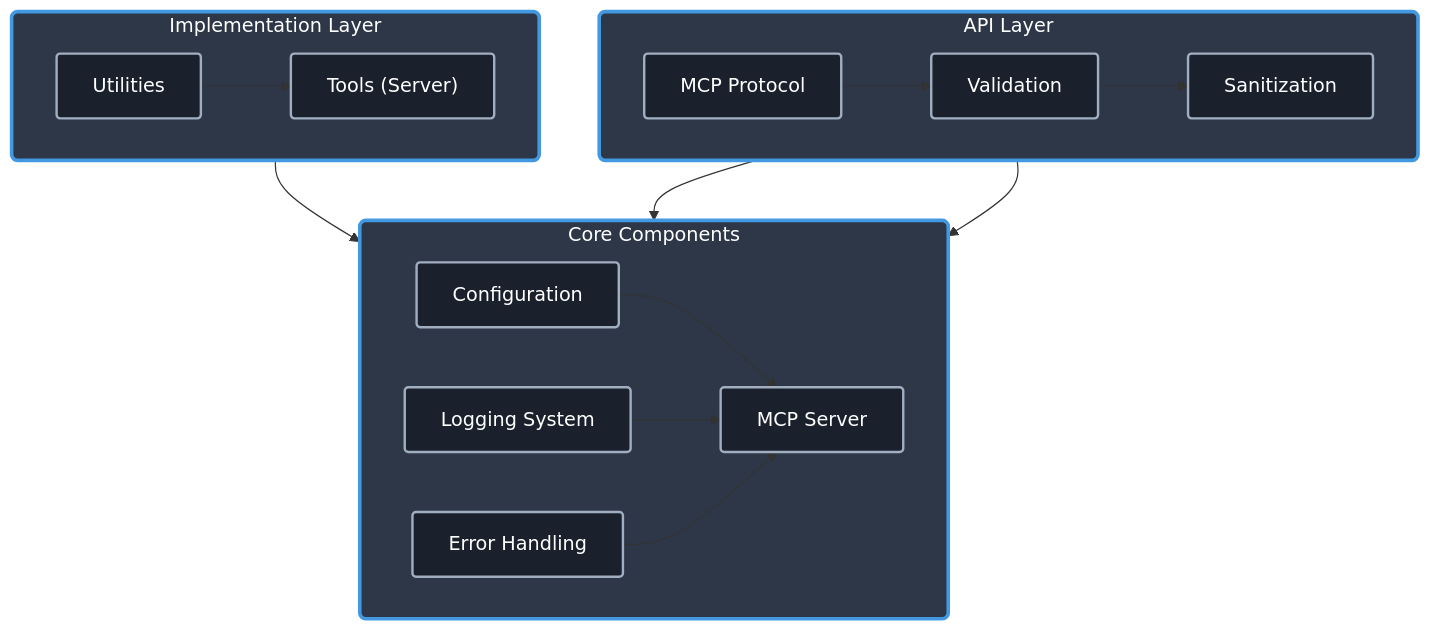
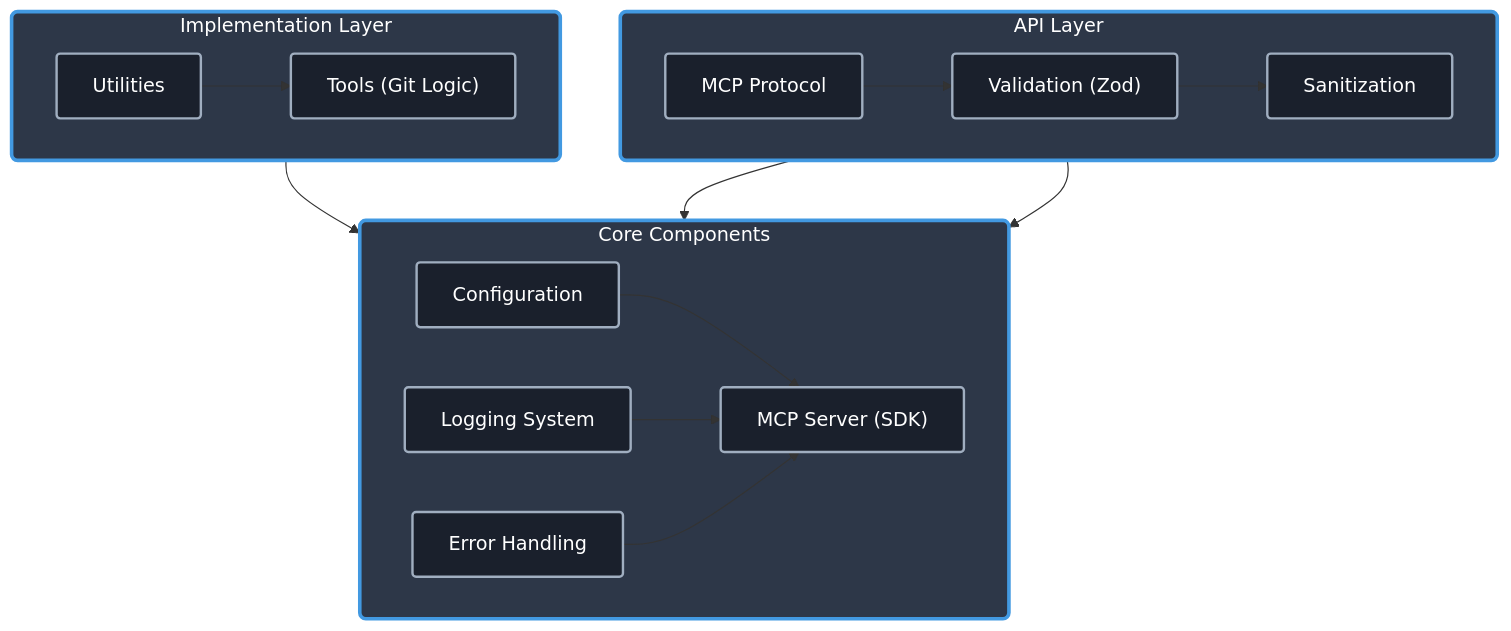
Before and after one commit to zhoushaokun/git-mcp-server: the diagram in README.md, drawn with Mermaid. The commit also changed other lines of this file, not shown here.

Commit message:
docs: Link mcp-ts-template in README

````diff
--- a/README.md
+++ b/README.md
@@ -60,40 +57,40 @@
 ```mermaid
 flowchart TB
     subgraph API["API Layer"]
         direction LR
         MCP["MCP Protocol"]
-        Val["Validation"]
+        Val["Validation (Zod)"]
         San["Sanitization"]
 
         MCP --> Val --> San
     end
 
     subgraph Core["Core Components"]
         direction LR
         Config["Configuration"]
         Logger["Logging System"]
         Error["Error Handling"]
-        Server["MCP Server"]
+        Server["MCP Server (SDK)"]
 
         Config --> Server
         Logger --> Server
         Error --> Server
     end
 
     subgraph Implementation["Implementation Layer"]
         direction LR
-        Tool["Tools (Server)"]
+        Tool["Tools (Git Logic)"]
         Util["Utilities"]
 
         Tool --> Server
         Util --> Tool
     end
 
     San --> Config
     San --> Server
 
     classDef layer fill:#2d3748,stroke:#4299e1,stroke-width:3px,rx:5,color:#fff
     classDef component fill:#1a202c,stroke:#a0aec0,stroke-width:2px,rx:3,color:#fff
     class API,Core,Implementation layer
     class MCP,Val,San,Config,Logger,Error,Server,Tool,Util component
 ```
````
